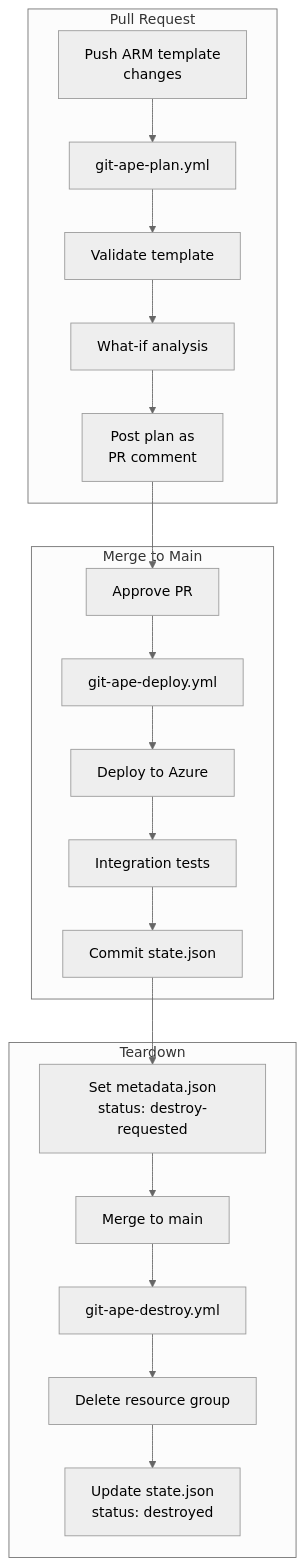
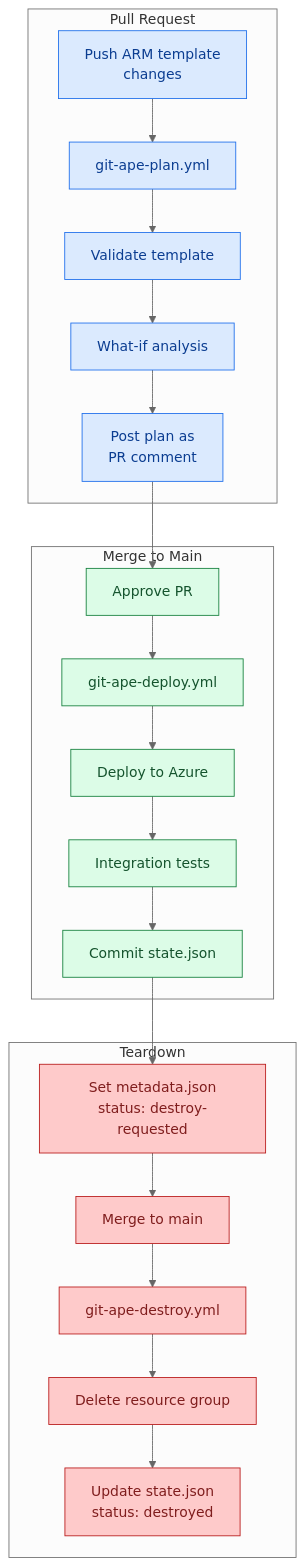
Before and after one commit to Azure/git-ape: the diagram in website/docs/use-cases/cicd-pipeline.md, drawn with Mermaid (neutral theme). The commit also changed 48 other files, not shown here.

First line of the commit message:
docs(website): manifesto-aligned rewrite, deploy-anything, mermaid zoom + colors

````diff
--- a/website/docs/use-cases/cicd-pipeline.md
+++ b/website/docs/use-cases/cicd-pipeline.md
@@ -15,26 +15,33 @@
 ```mermaid
 graph TD
     subgraph PR["Pull Request"]
         COMMIT["Push ARM template<br/>changes"] --> PLAN["git-ape-plan.yml"]
         PLAN --> VALIDATE["Validate template"]
         VALIDATE --> WHATIF["What-if analysis"]
         WHATIF --> COMMENT["Post plan as<br/>PR comment"]
     end
 
     subgraph MERGE["Merge to Main"]
         APPROVE["Approve PR"] --> DEPLOY_WF["git-ape-deploy.yml"]
         DEPLOY_WF --> DEPLOY["Deploy to Azure"]
         DEPLOY --> TEST["Integration tests"]
         TEST --> STATE["Commit state.json"]
     end
 
     subgraph TEARDOWN["Teardown"]
         DESTROY_PR["Set metadata.json<br/>status: destroy-requested"] --> DESTROY_MERGE["Merge to main"]
         DESTROY_MERGE --> DESTROY_WF["git-ape-destroy.yml"]
         DESTROY_WF --> DELETE["Delete resource group"]
         DELETE --> UPDATE["Update state.json<br/>status: destroyed"]
     end
 
     COMMENT --> APPROVE
     STATE --> DESTROY_PR
+
+    classDef plan fill:#dbeafe,stroke:#1f6feb,stroke-width:1px,color:#0b3d91
+    classDef deploy fill:#dcfce7,stroke:#15803d,stroke-width:1px,color:#14532d
+    classDef destroy fill:#fecaca,stroke:#b91c1c,stroke-width:1px,color:#7f1d1d
+    class COMMIT,PLAN,VALIDATE,WHATIF,COMMENT plan
+    class APPROVE,DEPLOY_WF,DEPLOY,TEST,STATE deploy
+    class DESTROY_PR,DESTROY_MERGE,DESTROY_WF,DELETE,UPDATE destroy
 ```
````
